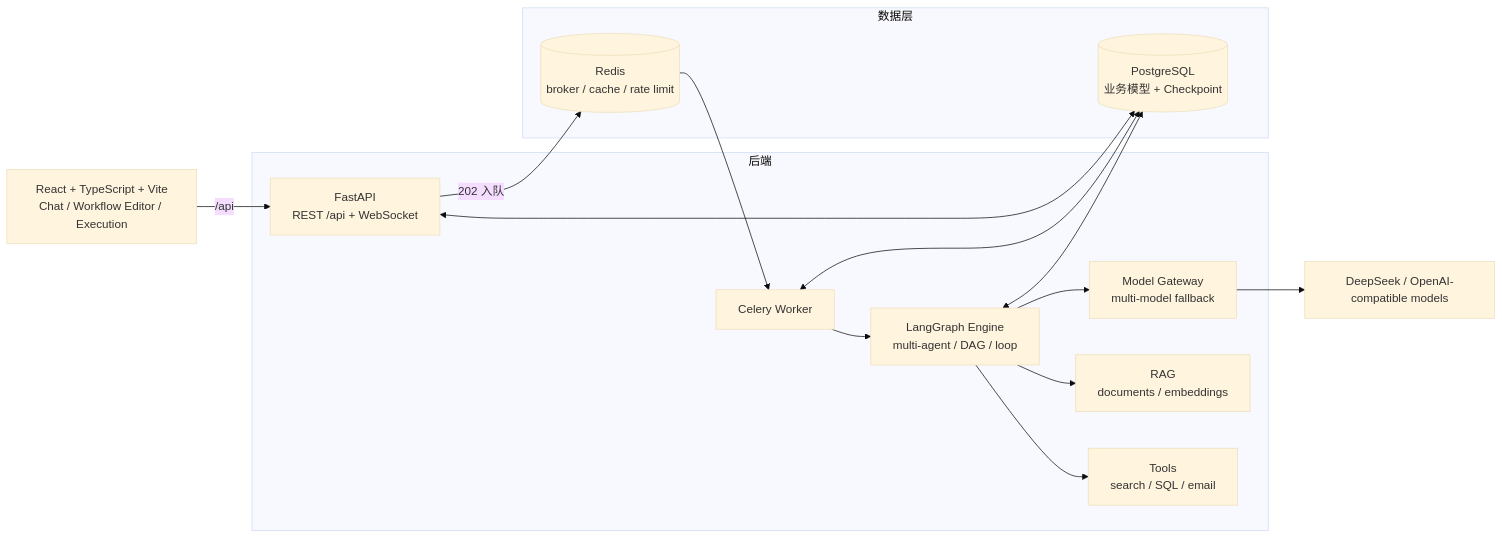
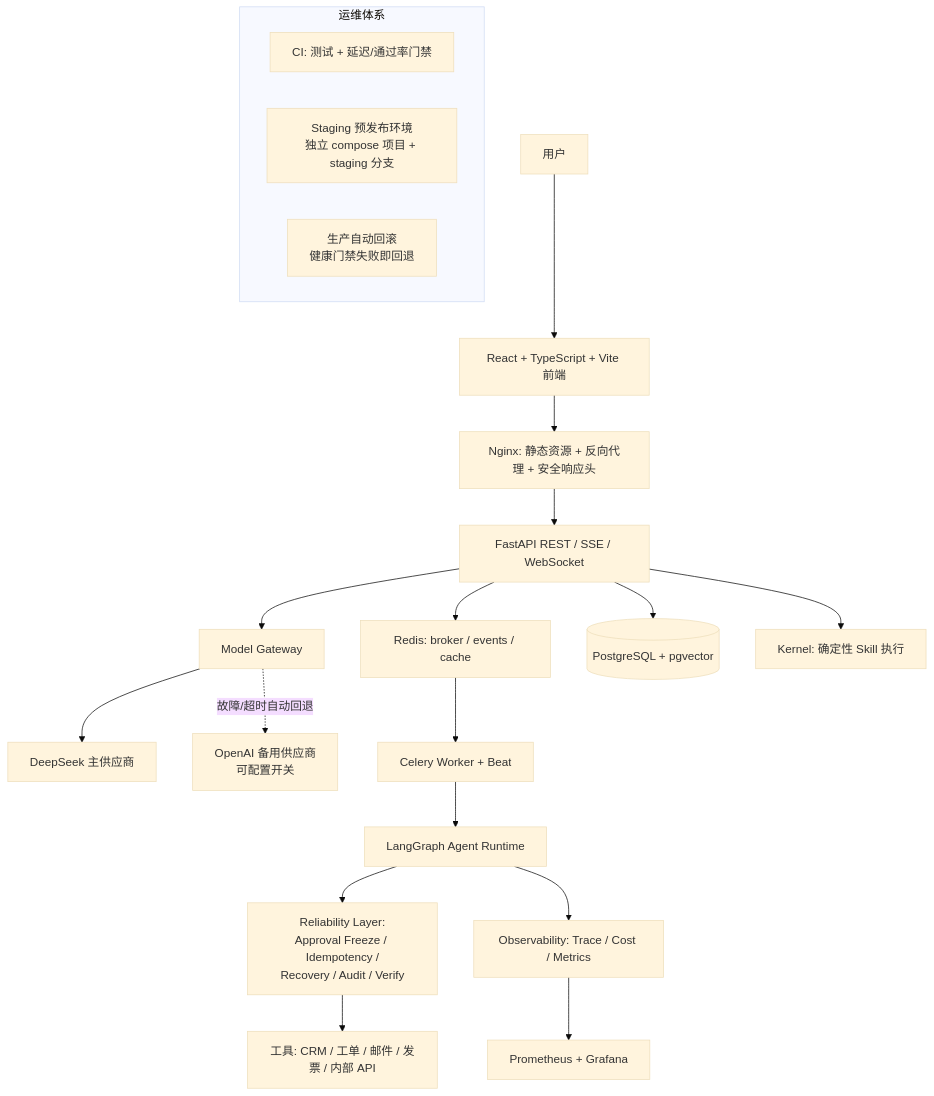
The diagram in README.md (weijiakang8-dotcom/Agenthub), drawn with Mermaid (base theme) before and after one commit. The commit also changed other lines of this file and 19 other files, not shown here.

Commit message:
feat: OpenAI cross-provider fallback, staging/rollback/CI gates, nginx security headers, docs sync

````diff
--- a/README.md
+++ b/README.md
@@ -40,32 +43,24 @@
 ```mermaid
-flowchart LR
-    Web["React + TypeScript + Vite<br/>Chat / Workflow Editor / Execution"]
+flowchart TB
+    U[用户] --> F[React + TypeScript + Vite 前端]
+    F --> N[Nginx: 静态资源 + 反向代理 + 安全响应头]
+    N --> API[FastAPI REST / SSE / WebSocket]
+    API --> GW[Model Gateway]
+    GW --> DS[DeepSeek 主供应商]
+    GW -. 故障/超时自动回退 .-> OAI[OpenAI 备用供应商<br/>可配置开关]
+    API --> Q[Redis: broker / events / cache]
+    API --> PG[(PostgreSQL + pgvector)]
+    Q --> W[Celery Worker + Beat]
+    W --> GR[LangGraph Agent Runtime]
+    GR --> REL[Reliability Layer:<br/>Approval Freeze / Idempotency /<br/>Recovery / Audit / Verify]
+    REL --> TOOLS[工具: CRM / 工单 / 邮件 / 发票 / 内部 API]
+    API --> KERNEL[Kernel: 确定性 Skill 执行]
+    GR --> OBS[Observability: Trace / Cost / Metrics]
+    OBS --> PROM[Prometheus + Grafana]
 
-    subgraph Backend["后端"]
-        API["FastAPI<br/>REST /api + WebSocket"]
-        Celery["Celery Worker"]
-        Graph["LangGraph Engine<br/>multi-agent / DAG / loop"]
-        Gateway["Model Gateway<br/>multi-model fallback"]
-        RAG["RAG<br/>documents / embeddings"]
-        Tools["Tools<br/>search / SQL / email"]
+    subgraph Deploy[运维体系]
+        CI[CI: 测试 + 延迟/通过率门禁]
+        STAGING[Staging 预发布环境<br/>独立 compose 项目 + staging 分支]
+        ROLLBACK[生产自动回滚<br/>健康门禁失败即回退]
     end
-
-    subgraph Data["数据层"]
-        PG[("PostgreSQL<br/>业务模型 + Checkpoint")]
-        Redis[("Redis<br/>broker / cache / rate limit")]
-    end
-
-    LLM["DeepSeek / OpenAI-compatible models"]
-
-    Web -->|"/api"| API
-    API -->|"202 入队"| Redis
-    Redis --> Celery
-    Celery --> Graph
-    Graph --> Gateway
-    Gateway --> LLM
-    Graph --> RAG
-    Graph --> Tools
-    Graph <--> PG
-    Celery <--> PG
-    API <--> PG
 ```
````
